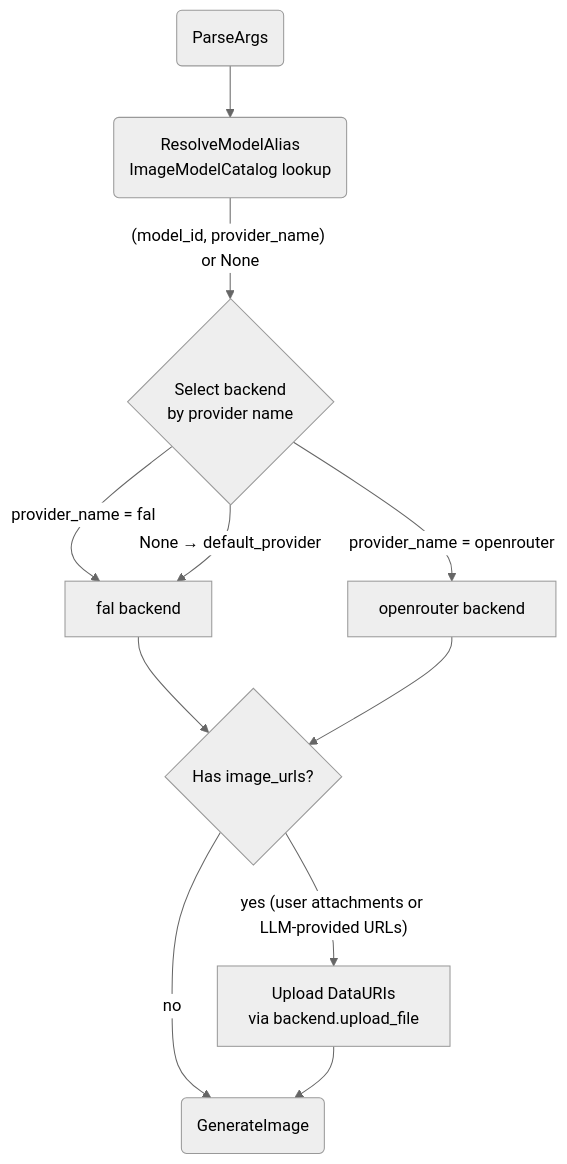
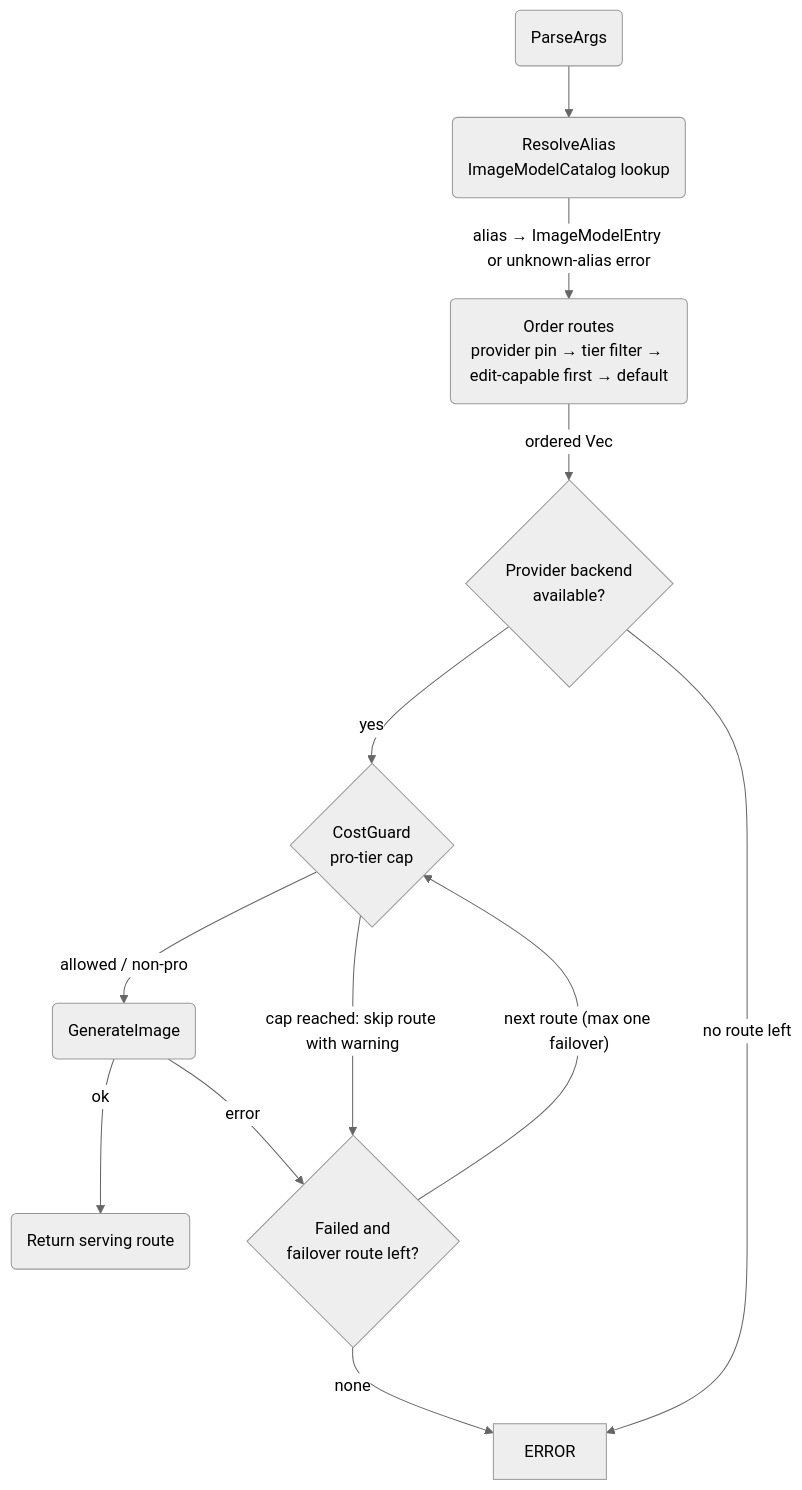
The diagram in _dfd/tools/image-gen/level-2/model-provider-selection.md (cosmoswafer/rockbot), drawn with Mermaid (neutral theme) before and after one commit. The commit also changed other lines of this file and 19 other files, not shown here.

````diff
--- a/_dfd/tools/image-gen/level-2/model-provider-selection.md
+++ b/_dfd/tools/image-gen/level-2/model-provider-selection.md
@@ -9,22 +14,23 @@
 ```mermaid
 flowchart TD
     PARSE(ParseArgs)
-    RESOLVE(ResolveModelAlias<br/>ImageModelCatalog lookup)
-    ROUTE{Select backend<br/>by provider name}
-    CHECK{Has image_urls?}
-    UPLOAD_URI[Upload DataURIs<br/>via backend.upload_file]
-    BF[fal backend]
-    BOR[openrouter backend]
+    LOOKUP(ResolveAlias<br/>ImageModelCatalog lookup)
+    ORDER(Order routes<br/>provider pin → tier filter → edit-capable first → default)
+    PRUNE{Provider backend<br/>available?}
+    GUARD{CostGuard<br/>pro-tier cap}
     GEN(GenerateImage)
+    FAIL{Failed and<br/>failover route left?}
+    RESULT(Return serving route)
 
-    PARSE --> RESOLVE
-    RESOLVE -->|"(model_id, provider_name) or None"| ROUTE
-    ROUTE -->|"provider_name = fal"| BF
-    ROUTE -->|"provider_name = openrouter"| BOR
-    ROUTE -->|"None → default_provider"| BF
-    BF --> CHECK
-    BOR --> CHECK
-    CHECK -->|"yes (user attachments or LLM-provided URLs)"| UPLOAD_URI
-    CHECK -->|"no"| GEN
-    UPLOAD_URI --> GEN
+    PARSE --> LOOKUP
+    LOOKUP -->|"alias → ImageModelEntry or unknown-alias error"| ORDER
+    ORDER -->|"ordered Vec<ImageRoute>"| PRUNE
+    PRUNE -->|"yes"| GUARD
+    PRUNE -->|"no route left"| ERROR
+    GUARD -->|"allowed / non-pro"| GEN
+    GUARD -->|"cap reached: skip route with warning"| FAIL
+    GEN -->|"ok"| RESULT
+    GEN -->|"error"| FAIL
+    FAIL -->|"next route (max one failover)"| GUARD
+    FAIL -->|"none"| ERROR
 ```
````
